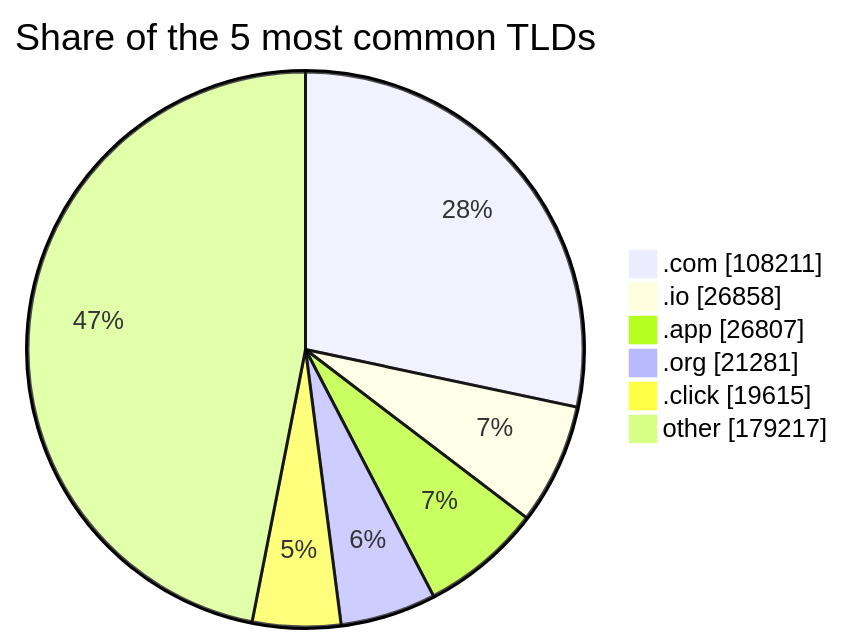
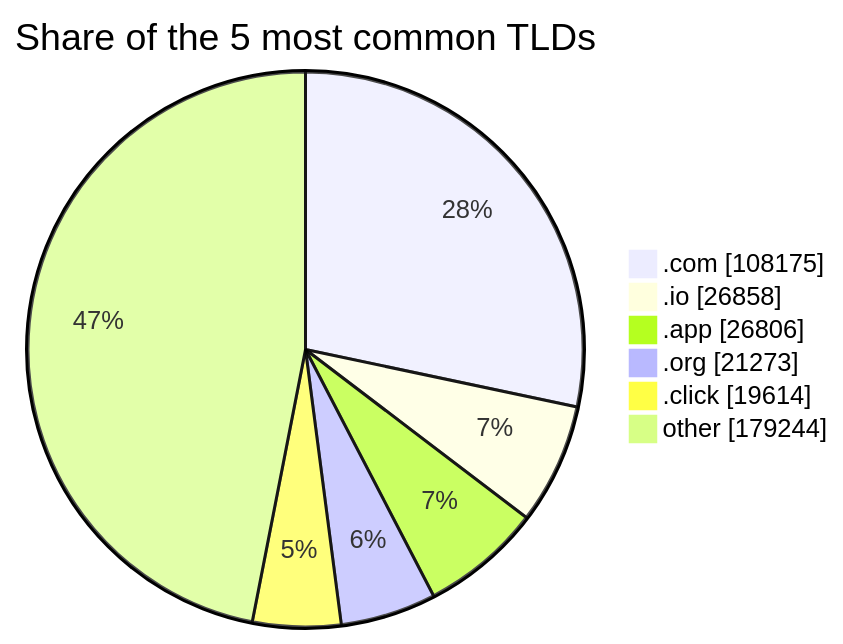
Before and after one commit to DNSBunker/CTI: the third of 3 diagrams in README.md, drawn with Mermaid. The commit also changed other lines of this file and 3 other files, not shown here.

````diff
--- a/README.md
+++ b/README.md
@@ -81,9 +81,9 @@
 ```mermaid
 pie showData title Share of the 5 most common TLDs
-    ".com" : 108211
+    ".com" : 108175
     ".io" : 26858
-    ".app" : 26807
-    ".org" : 21281
-    ".click" : 19615
-    "other" : 179217
+    ".app" : 26806
+    ".org" : 21273
+    ".click" : 19614
+    "other" : 179244
 ```
````
